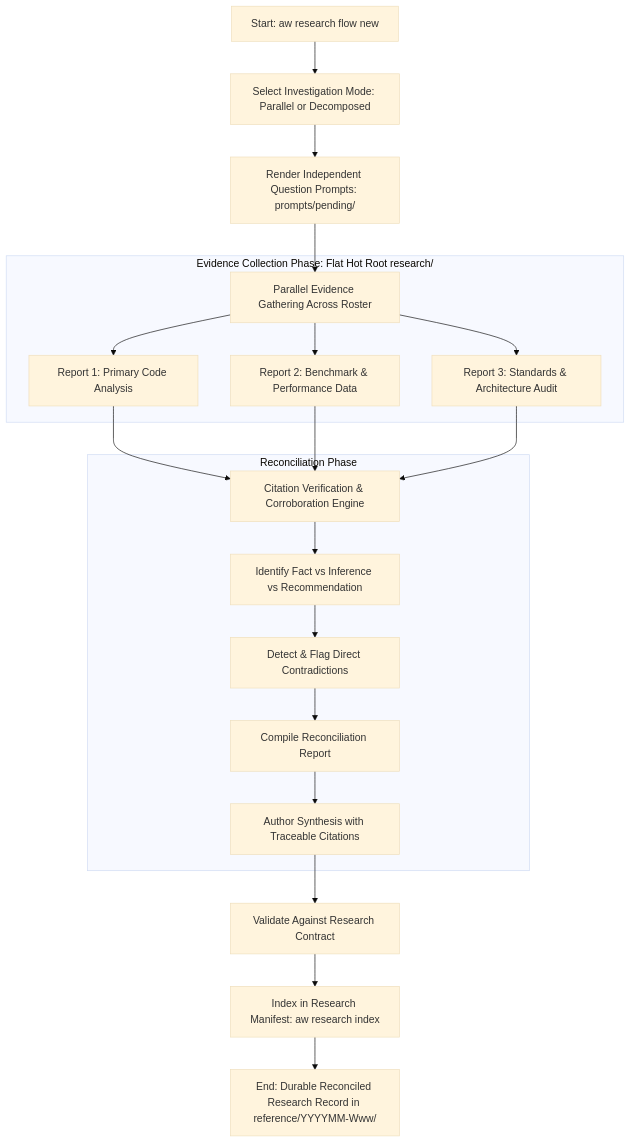
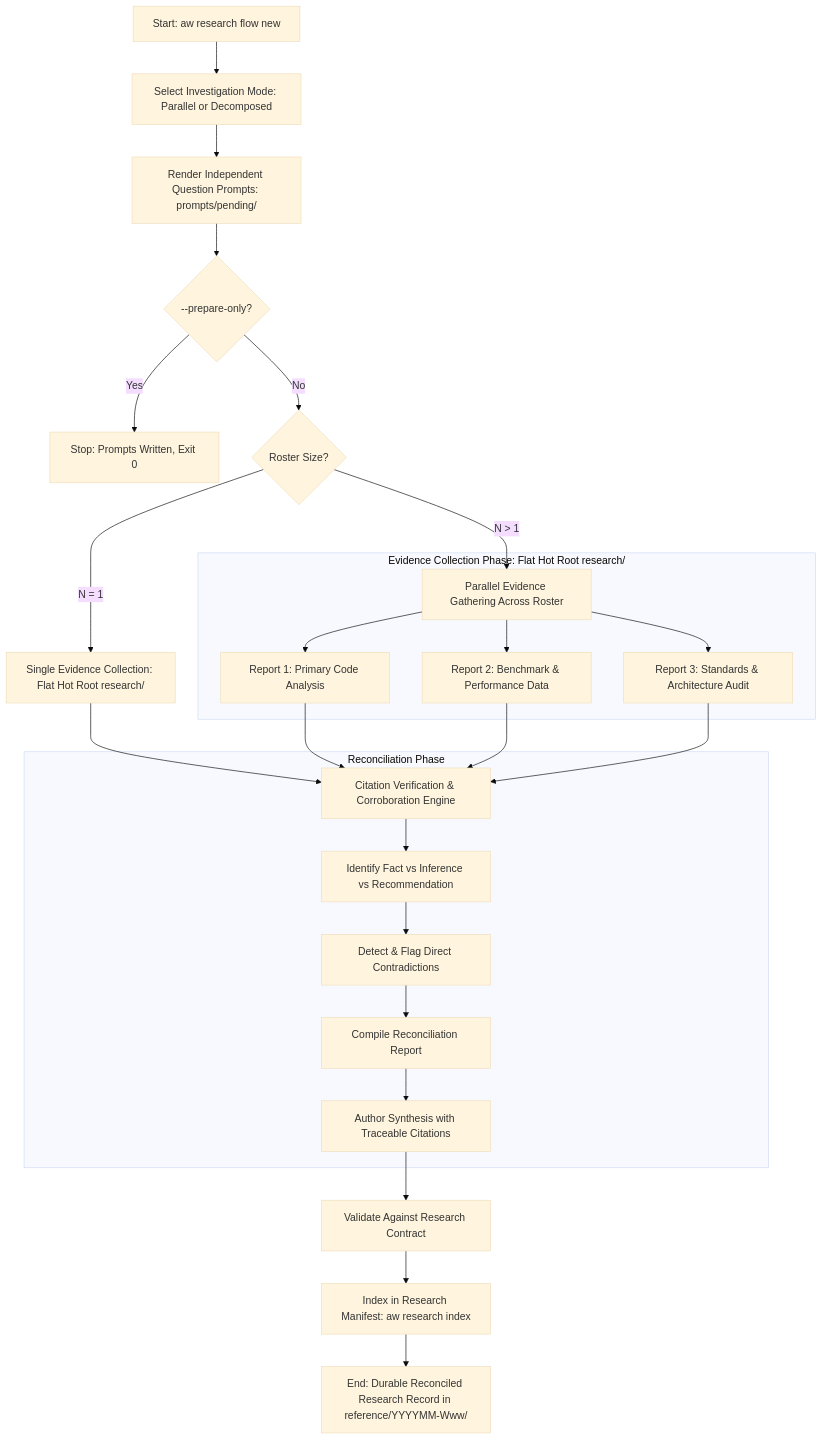
One commit to fariello/agent-workflows changed the third of 4 diagrams in .aw/records/specs/draft/20261024-specflow-01-18hh1u-spec-research-synthesis.spec.md. Above: the diagram before and after it, drawn with Mermaid (base theme). The commit also changed other lines of this file and 1 other file, not shown here.

````diff
--- a/.aw/records/specs/draft/20261024-specflow-01-18hh1u-spec-research-synthesis.spec.md
+++ b/.aw/records/specs/draft/20261024-specflow-01-18hh1u-spec-research-synthesis.spec.md
@@ -811,27 +824,34 @@
 ```mermaid
 flowchart TD
     RA[Start: aw research flow new] --> RB[Select Investigation Mode: Parallel or Decomposed]
     RB --> RC[Render Independent Question Prompts: prompts/pending/]
-    RC --> RD[Parallel Evidence Gathering Across Roster]
+    RC --> DP_res{--prepare-only?}
+    DP_res -- Yes --> Stop_res[Stop: Prompts Written, Exit 0]
+    DP_res -- No --> DR_res{Roster Size?}
+
+    DR_res -- N = 1 --> Single_Evidence[Single Evidence Collection: Flat Hot Root research/]
+    Single_Evidence --> RF[Citation Verification & Corroboration Engine]
+
+    DR_res -- N > 1 --> RD[Parallel Evidence Gathering Across Roster]
 
     subgraph Evidence_Phase ["Evidence Collection Phase: Flat Hot Root research/"]
         RD --> RE1[Report 1: Primary Code Analysis]
         RD --> RE2[Report 2: Benchmark & Performance Data]
         RD --> RE3[Report 3: Standards & Architecture Audit]
     end
 
-    RE1 --> RF[Citation Verification & Corroboration Engine]
+    RE1 --> RF
     RE2 --> RF
     RE3 --> RF
 
     subgraph Reconcile_Phase ["Reconciliation Phase"]
         RF --> RG[Identify Fact vs Inference vs Recommendation]
         RG --> RH[Detect & Flag Direct Contradictions]
         RH --> RI[Compile Reconciliation Report]
         RI --> RJ[Author Synthesis with Traceable Citations]
     end
 
     RJ --> RK[Validate Against Research Contract]
     RK --> RL[Index in Research Manifest: aw research index]
     RL --> RM[End: Durable Reconciled Research Record in reference/YYYYMM-Www/]
 ```
````
